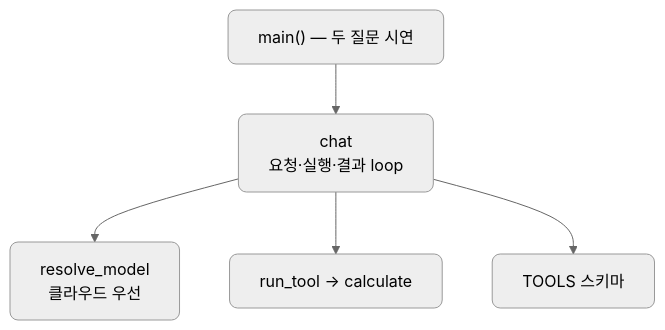
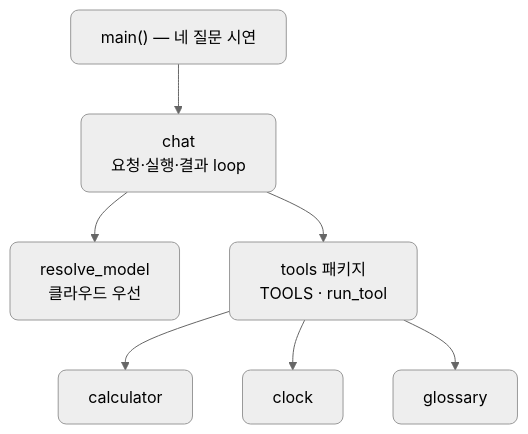
One commit to CodeCompose7/ai_service_engineering changed the fifth of 5 diagrams in docs/section3/lec01/README.md. Above: the diagram before and after it, drawn with Mermaid (neutral theme). The commit also changed other lines of this file and 7 other files, not shown here.

````diff
--- a/docs/section3/lec01/README.md
+++ b/docs/section3/lec01/README.md
@@ -132,9 +144,11 @@
 ```mermaid
 flowchart TB
-  MAIN["main() — 두 질문 시연"]
+  MAIN["main() — 네 질문 시연"]
   MAIN --> CHAT["chat<br/>요청·실행·결과 loop"]
   CHAT --> RM["resolve_model<br/>클라우드 우선"]
-  CHAT --> RT["run_tool → calculate"]
-  CHAT --> SC["TOOLS 스키마"]
+  CHAT --> TP["tools 패키지<br/>TOOLS · run_tool"]
+  TP --> T1["calculator"]
+  TP --> T2["clock"]
+  TP --> T3["glossary"]
   classDef default rx:8,ry:8;
 ```
````
